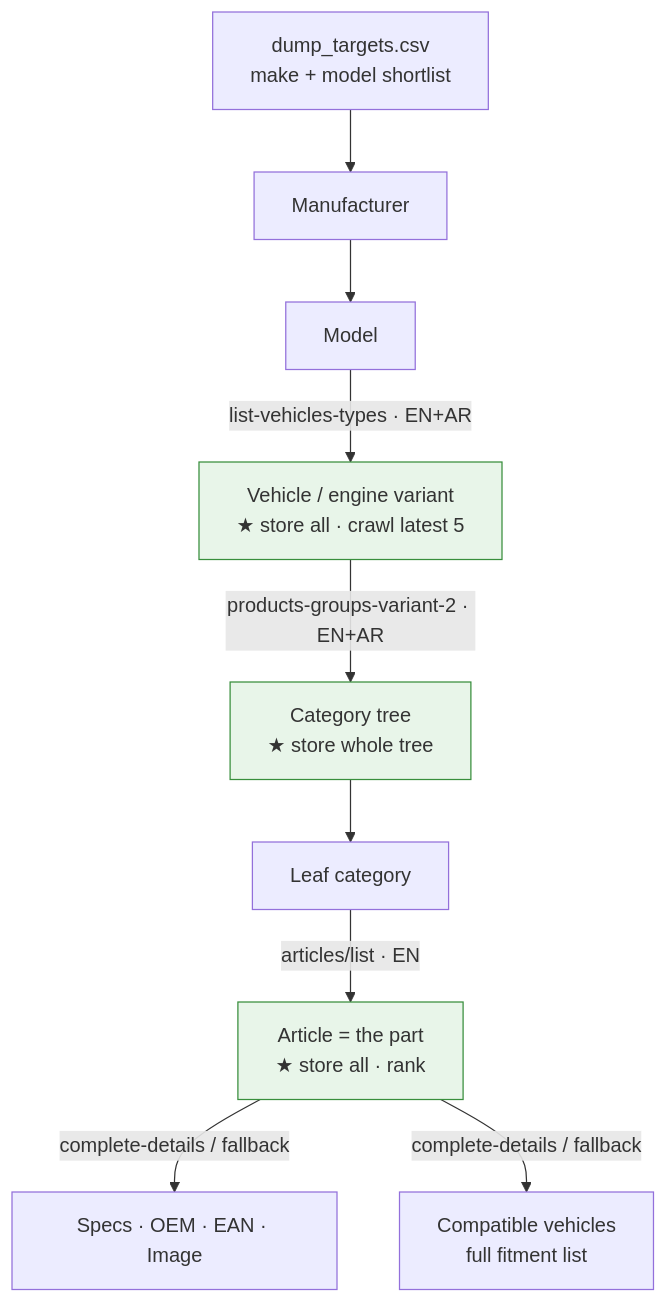
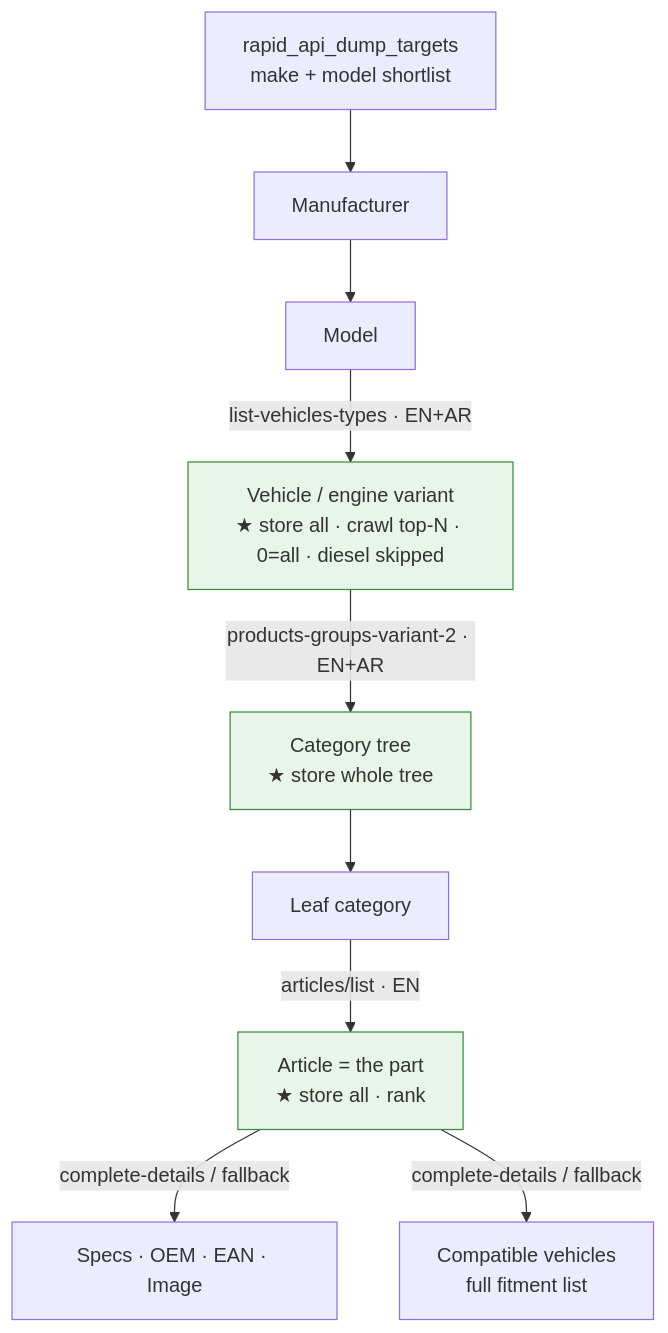
Before and after one commit to VivekGits7/rapidapi-script: the seventh of 7 diagrams in DUMP_FLOW.md, drawn with Mermaid. The commit also changed other lines of this file and 11 other files, not shown here.

Commit message:
refactor dumper traversal: slim targets table, crawl-mode selection, diesel flag, category backfill

````diff
--- a/DUMP_FLOW.md
+++ b/DUMP_FLOW.md
@@ -489,15 +510,15 @@
 ```mermaid
 flowchart TD
-    CSV[dump_targets.csv<br/>make + model shortlist] --> MAKE[Manufacturer]
+    CSV[rapid_api_dump_targets<br/>make + model shortlist] --> MAKE[Manufacturer]
     MAKE --> MODEL[Model]
-    MODEL -->|list-vehicles-types · EN+AR| VEH[Vehicle / engine variant<br/>★ store all · crawl latest 5]
+    MODEL -->|list-vehicles-types · EN+AR| VEH[Vehicle / engine variant<br/>★ store all · crawl top-N · 0=all · diesel skipped]
     VEH -->|products-groups-variant-2 · EN+AR| CAT[Category tree<br/>★ store whole tree]
     CAT --> LEAF[Leaf category]
     LEAF -->|articles/list · EN| ART[Article = the part<br/>★ store all · rank]
     ART -->|complete-details / fallback| DET[Specs · OEM · EAN · Image]
     ART -->|complete-details / fallback| COMPAT[Compatible vehicles<br/>full fitment list]
 
     style VEH fill:#e8f5e9,stroke:#388e3c
     style CAT fill:#e8f5e9,stroke:#388e3c
     style ART fill:#e8f5e9,stroke:#388e3c
 ```
````
